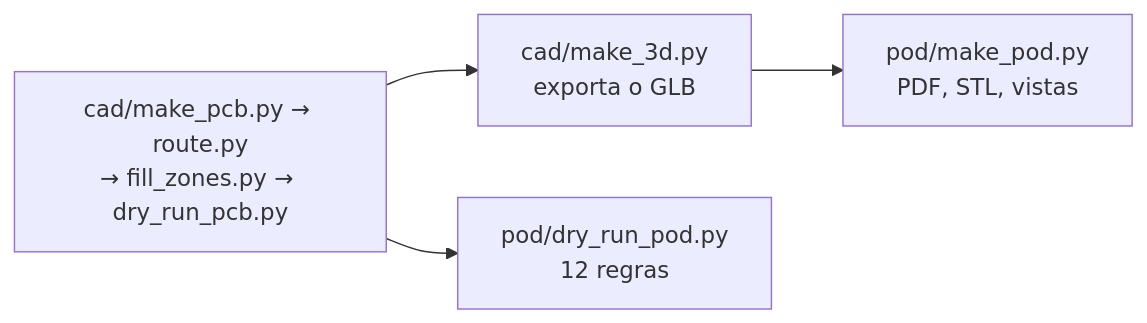
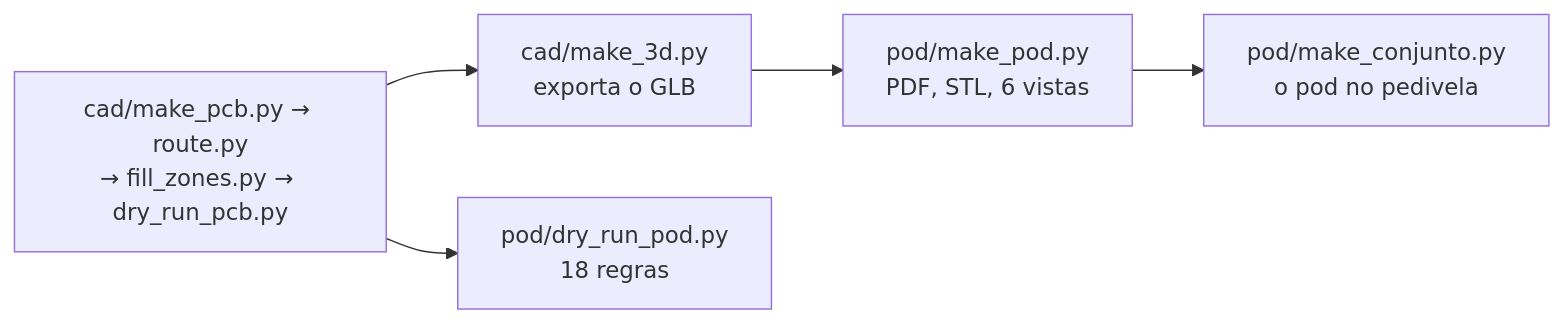
Before and after one commit to Guiimartinho/bike-powermeter: the diagram in hardware_powermeter/pod/README.md, drawn with Mermaid. The commit also changed other lines of this file and 4 other files, not shown here.

````diff
--- a/hardware_powermeter/pod/README.md
+++ b/hardware_powermeter/pod/README.md
@@ -18,6 +21,7 @@
 ```mermaid
 flowchart LR
     PCB["cad/make_pcb.py → route.py<br/>→ fill_zones.py → dry_run_pcb.py"] --> GLB["cad/make_3d.py<br/>exporta o GLB"]
-    GLB --> POD["pod/make_pod.py<br/>PDF, STL, vistas"]
-    PCB --> DRY["pod/dry_run_pod.py<br/>12 regras"]
+    GLB --> POD["pod/make_pod.py<br/>PDF, STL, 6 vistas"]
+    PCB --> DRY["pod/dry_run_pod.py<br/>18 regras"]
+    POD --> CONJ["pod/make_conjunto.py<br/>o pod no pedivela"]
 ```
````
